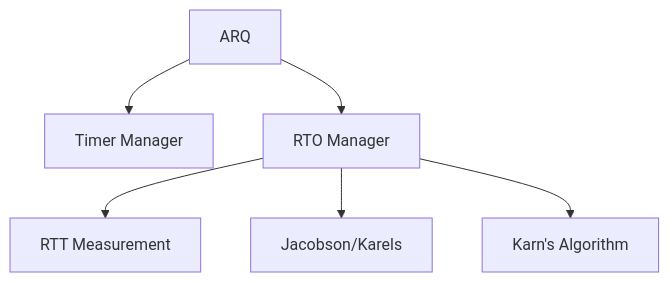
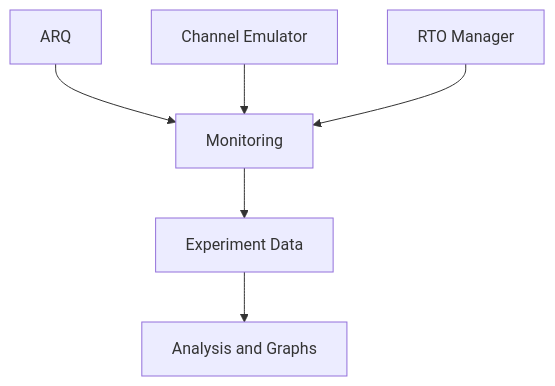
The seventh of 8 diagrams in docs/architecture.md (Siddharth-Nath-06/Reliable-UDP), drawn with Mermaid before and after one commit. The commit also changed other lines of this file, not shown here.

````diff
--- a/docs/architecture.md
+++ b/docs/architecture.md
@@ -281,19 +344,16 @@
 ```mermaid
 flowchart TD
 
     A[ARQ]
+    B[Channel Emulator]
+    C[RTO Manager]
+    D[Monitoring]
+    E[Experiment Data]
+    F[Analysis and Graphs]
 
-    B[Timer Manager]
-    C[RTO Manager]
-
-    D[RTT Measurement]
-    E[Jacobson/Karels]
-    F[Karn's Algorithm]
-
-    A --> B
-    A --> C
-
+    A --> D
+    B --> D
     C --> D
-    C --> E
-    C --> F
+    D --> E
+    E --> F
 ```
````
